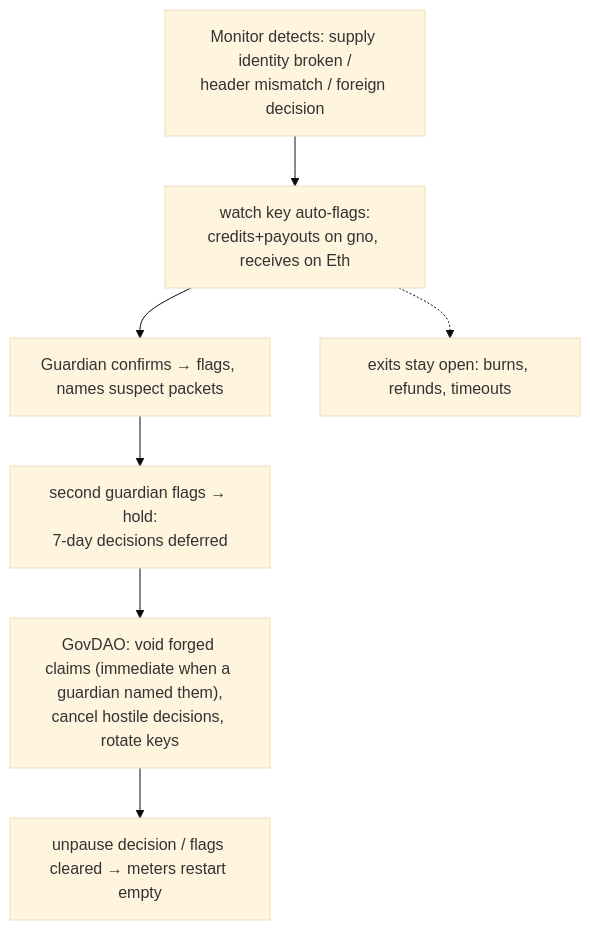
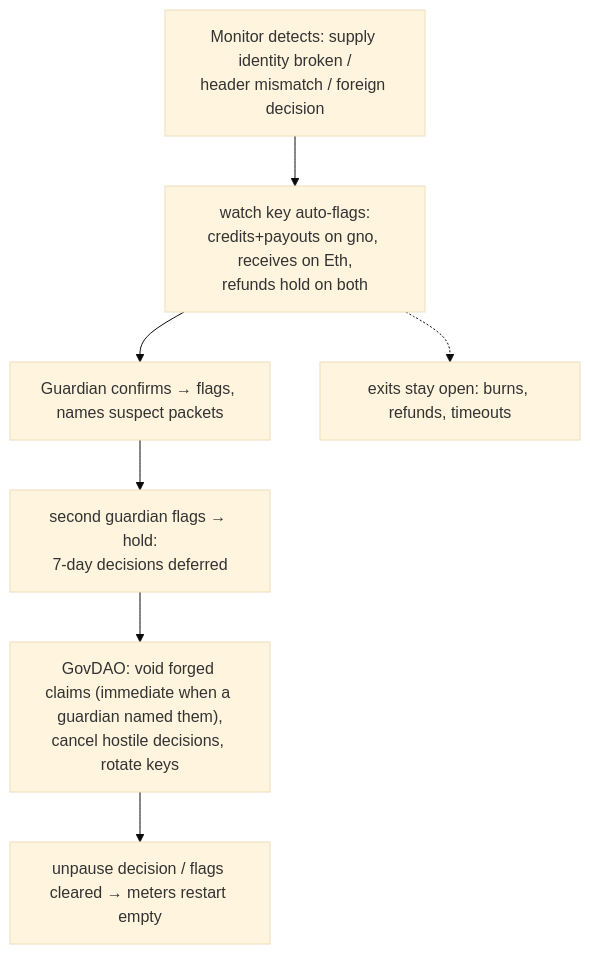
Diagram 12 of 13 in gno.land/adr/pr6375_ibc_ethereum.md (gnolang/gno), drawn with Mermaid (base theme) before and after one commit. The commit also changed other lines of this file, not shown here.

First line of the commit message:
docs(adr): fold an eleventh review of the gno.land - Ethereum IBC ADR

````diff
--- a/gno.land/adr/pr6375_ibc_ethereum.md
+++ b/gno.land/adr/pr6375_ibc_ethereum.md
@@ -586,9 +586,9 @@
 ```mermaid
 flowchart TD
-  DET[Monitor detects: supply identity broken /<br/>header mismatch / foreign decision] --> AUTO[watch key auto-flags:<br/>credits+payouts on gno, receives on Eth]
+  DET[Monitor detects: supply identity broken /<br/>header mismatch / foreign decision] --> AUTO[watch key auto-flags:<br/>credits+payouts on gno, receives on Eth,<br/>refunds hold on both]
   AUTO --> G1[Guardian confirms → flags, names suspect packets]
   G1 --> H[second guardian flags → hold:<br/>7-day decisions deferred]
   H --> GOV["GovDAO: void forged claims (immediate when a guardian named them),<br/>cancel hostile decisions, rotate keys"]
   GOV --> UNP[unpause decision / flags cleared → meters restart empty]
   AUTO -.-> EXIT[exits stay open: burns, refunds, timeouts]
 ```
````
